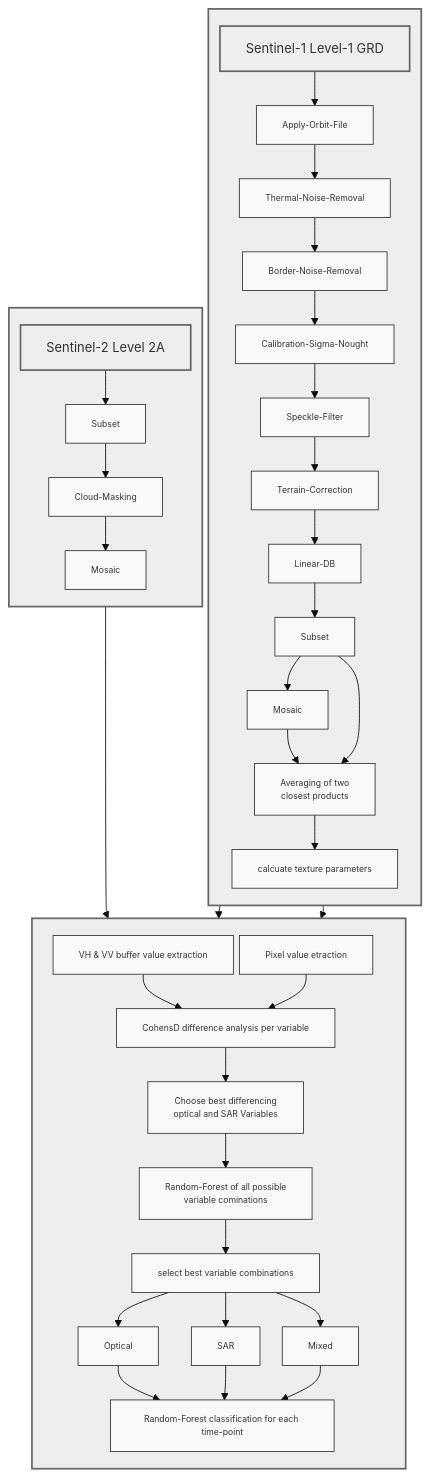
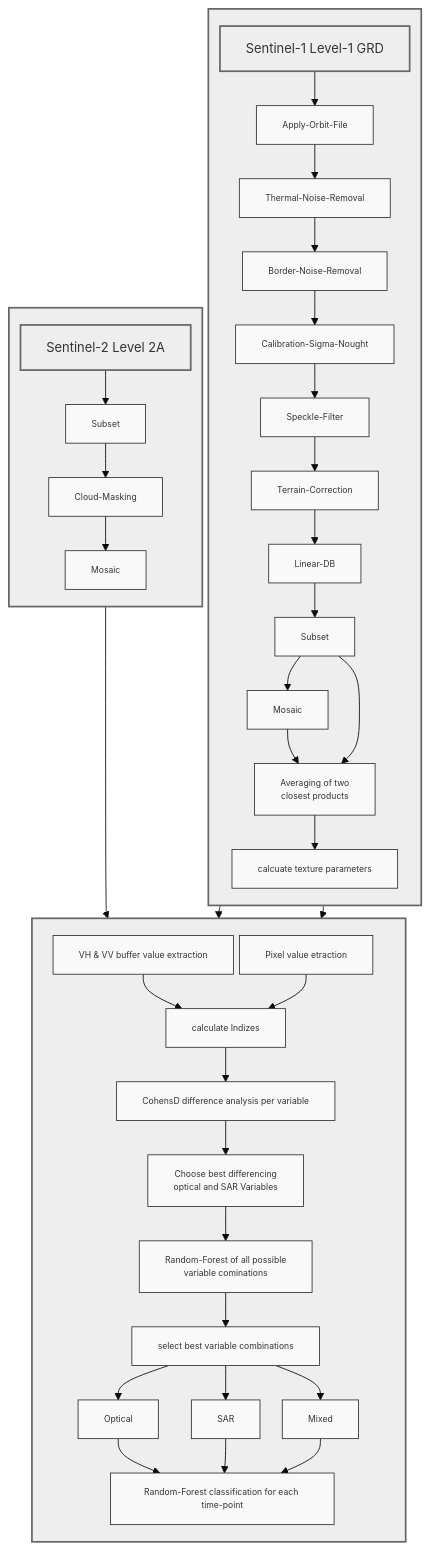
The diagram in README.md (Dege314/MLU_LSS_1), drawn with Mermaid before and after one commit.

Commit message:
Add index calculation step to README diagram

````diff
--- a/README.md
+++ b/README.md
@@ -5,64 +5,65 @@
 ```mermaid
 %%{init: {'theme': 'base', 'themeVariables': { 'fontSize': '10px', 'fontFamily': 'arial' }, 'flowchart': { 'nodeSpacing': 7,'rankSpacing': 15 }}}%%
 flowchart TD
     %% Konfiguration für gerade/eckige Linien
     linkStyle default orthogonal
 
     %% S1-Subgraph
     subgraph Sentinel1[" "]
         direction TB
         Title["Sentinel-1 Level-1 GRD"]
         Title --> AOF
         AOF["Apply-Orbit-File"] --> TNR["Thermal-Noise-Removal"]
         TNR --> BNR["Border-Noise-Removal"]
         BNR --> Cal["Calibration-Sigma-Nought"]
         Cal --> SPK["Speckle-Filter"]
         SPK --> TCR["Terrain-Correction"]
         TCR --> LDB["Linear-DB"]
         LDB --> 1SUB["Subset"]
         1SUB --> 1MSC["Mosaic"]
         1MSC --> Mean["Averaging of two <br> closest products"]
         Mean --> TP["calcuate texture parameters"]
         1SUB --> Mean
     end
 
     %% Sentinel-2 Subgraph
     subgraph Sentinel2[" "]
         direction TB
         Title2["Sentinel-2 Level 2A"]
         Title2 --> 2SUB
         2SUB["Subset"] --> CLM["Cloud-Masking"]
         CLM --> 2MSC["Mosaic"]
     end
 
     %% Analyse Subgraph
     subgraph Classification[" "]
         direction TB
         BE["VH & VV buffer value extraction"]
         PE["Pixel value etraction"]
-        BE --> CD["CohensD difference analysis per variable"]
-        PE --> CD
+        BE --> IC["calculate Indizes"]
+        IC --> CD["CohensD difference analysis per variable"]
+        PE --> IC
         CD --> BV["Choose best differencing <br> optical and SAR Variables"]
         BV --> RF1["Random-Forest of all possible <br> variable cominations"]
         RF1 --> SB["select best variable combinations"]
         SB --> Optical["Optical"]
         SB --> SAR["SAR"]
         SB --> Mixed["Mixed"]
         Optical --> RF2["Random-Forest classification for each time-point"]
         SAR --> RF2
         Mixed -->RF2
 
         
     end
 
     %% Verbindungen zwischen Subgraphs
         TP --> PE
         2MSC --> PE
         TP --> BE
 
     %% Stil- und Layoutoptimierungen
     classDef box fill:#f9f9f9,stroke:#333,stroke-width:1px,font-size:10px
     classDef subgraph_style fill:#eeeeee,stroke:#666,stroke-width:2px,font-size:15px, padding:10
-    class AOF,TNR,BNR,Cal,SPK,TCR,LDB,1SUB,1MSC,Mean,TP,2SUB,CLM,BE,PE,CD,BV,RF1,RF2,SB,1MSC,2MSC,Optical,SAR,Mixed,App box
+    class AOF,TNR,BNR,Cal,SPK,TCR,LDB,1SUB,1MSC,Mean,TP,2SUB,CLM,BE,PE,CD,BV,RF1,RF2,SB,1MSC,IC,2MSC,Optical,SAR,Mixed,App box
     class Sentinel1,Sentinel2,Classification,Title,Title2,RF subgraph_style
 ```
````
